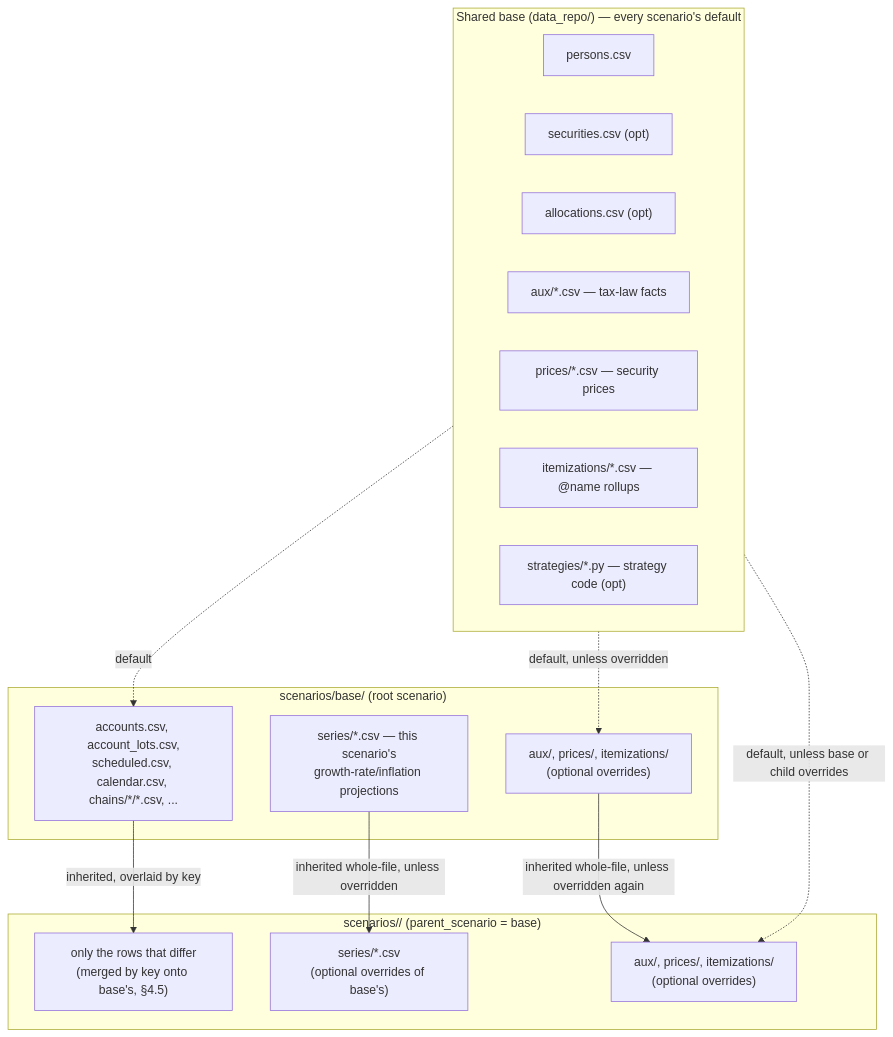
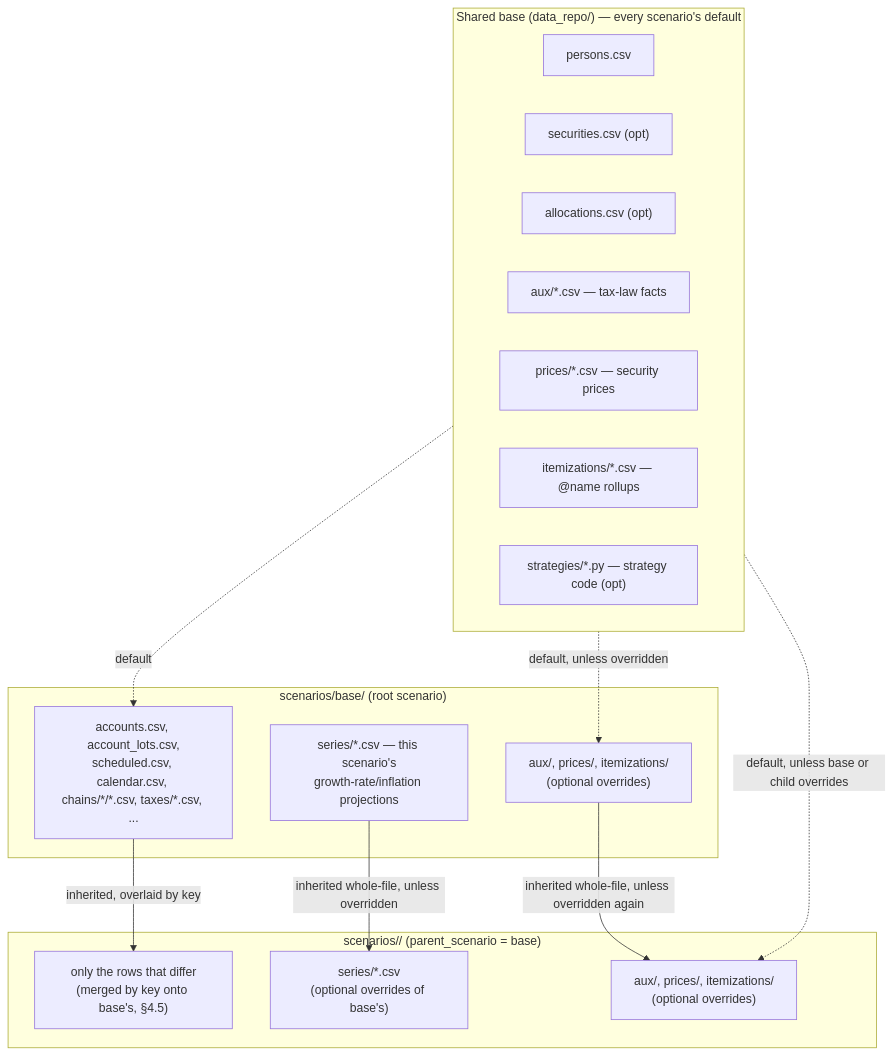
Before and after one commit to BobKerns/analysis: the first of 2 diagrams in docs/architecture/ADR-003-registries-and-csv-schemas.md, drawn with Mermaid. The commit also changed other lines of this file and 54 other files, not shown here.

````diff
--- a/docs/architecture/ADR-003-registries-and-csv-schemas.md
+++ b/docs/architecture/ADR-003-registries-and-csv-schemas.md
@@ -348,34 +348,34 @@
 ```mermaid
 flowchart TB
     subgraph shared["Shared base (data_repo/) — every scenario's default"]
         persons["persons.csv"]
         securities["securities.csv (opt)"]
         allocations["allocations.csv (opt)"]
         aux["aux/*.csv — tax-law facts"]
         prices["prices/*.csv — security prices"]
         itemizations["itemizations/*.csv — @name rollups"]
         strategies["strategies/*.py — strategy code (opt)"]
     end
     subgraph base["scenarios/base/ (root scenario)"]
         base_files["accounts.csv, account_lots.csv,
-scheduled.csv, calendar.csv, chains/*/*.csv, ..."]
+scheduled.csv, calendar.csv, chains/*/*.csv, taxes/*.csv, ..."]
         base_series["series/*.csv — this scenario's
 growth-rate/inflation projections"]
         base_override["aux/, prices/, itemizations/
 (optional overrides)"]
     end
     subgraph child["scenarios/<derived>/ (parent_scenario = base)"]
         child_files["only the rows that differ
 (merged by key onto base's, §4.5)"]
         child_series["series/*.csv
 (optional overrides of base's)"]
         child_override["aux/, prices/, itemizations/
 (optional overrides)"]
     end
     shared -.->|default| base_files
     shared -.->|default, unless overridden| base_override
     base_files -->|inherited, overlaid by key| child_files
     base_series -->|inherited whole-file, unless overridden| child_series
     base_override -->|inherited whole-file, unless overridden again| child_override
     shared -.->|default, unless base or child overrides| child_override
 ```
````
